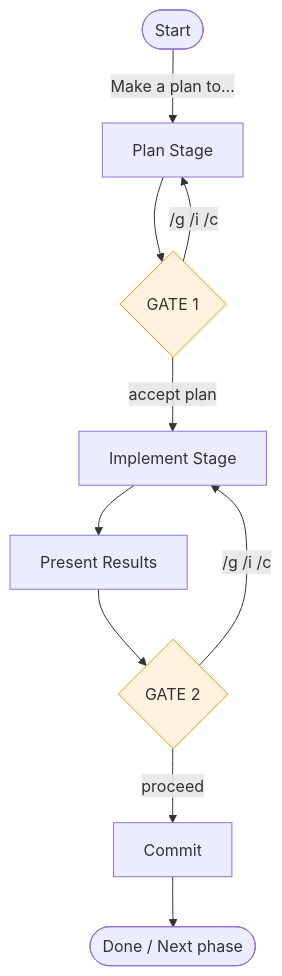
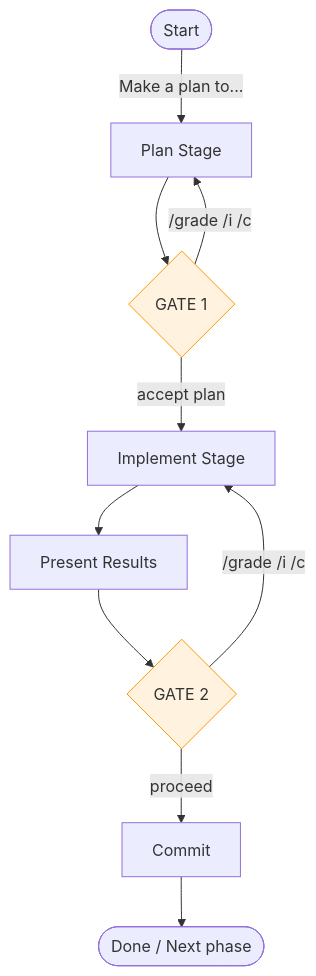
The second of 2 diagrams in FEATURES.md (binaryphile/tandem-protocol), drawn with Mermaid before and after one commit. The commit also changed other lines of this file, not shown here.

First line of the commit message:
FEATURES.md: align with §1d.5 /grade semantics (#5971)

````diff
--- a/FEATURES.md
+++ b/FEATURES.md
@@ -103,15 +103,15 @@
 ```mermaid
 flowchart TD
     START(["Start"]) -->|"Make a plan to..."| PLAN["Plan Stage"]
     PLAN --> G1{"GATE 1"}
-    G1 -->|"/g /i /c"| PLAN
+    G1 -->|"/grade /i /c"| PLAN
     G1 -->|"accept plan"| IMPL["Implement Stage"]
     IMPL --> PRESENT["Present Results"]
     PRESENT --> G2{"GATE 2"}
-    G2 -->|"/g /i /c"| IMPL
+    G2 -->|"/grade /i /c"| IMPL
     G2 -->|"proceed"| COMMIT["Commit"]
     COMMIT --> DONE(["Done / Next phase"])
 
     style G1 fill:#fff3e0,stroke:#ff9800
     style G2 fill:#fff3e0,stroke:#ff9800
 ```
````
